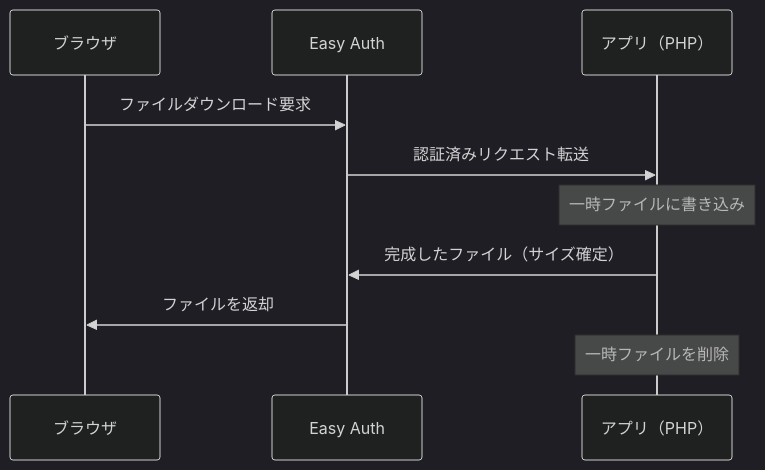
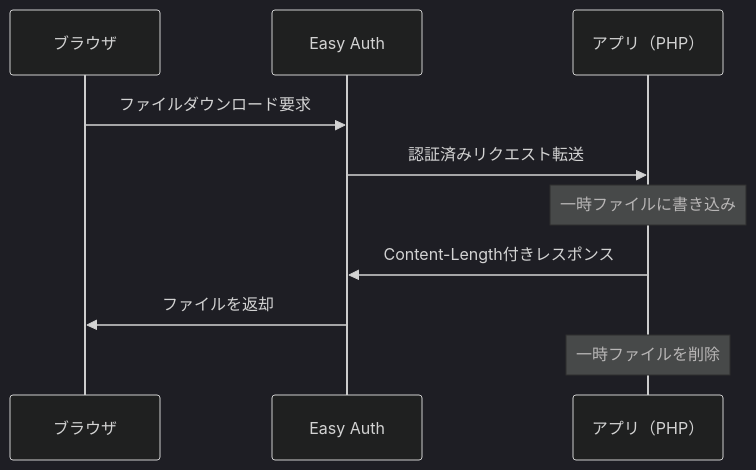
Before and after one commit to kou-tech/zenn: the third of 3 diagrams in articles/1cf5e63cfcb796.md, drawn with Mermaid (dark theme). The commit also changed other lines of this file, not shown here.

Commit message:
Azure Easy Auth環境における502エラーの原因を明確化し、StreamedResponseから一時ファイル経由のresponse()->download()に変更

````diff
--- a/articles/1cf5e63cfcb796.md
+++ b/articles/1cf5e63cfcb796.md
@@ -133,12 +112,12 @@
 ```mermaid
 sequenceDiagram
     participant Browser as ブラウザ
     participant EasyAuth as Easy Auth
     participant App as アプリ（PHP）
     Browser->>EasyAuth: ファイルダウンロード要求
     EasyAuth->>App: 認証済みリクエスト転送
     Note over App: 一時ファイルに書き込み
-    App->>EasyAuth: 完成したファイル（サイズ確定）
+    App->>EasyAuth: Content-Length付きレスポンス
     EasyAuth->>Browser: ファイルを返却
     Note over App: 一時ファイルを削除
 ```
````
